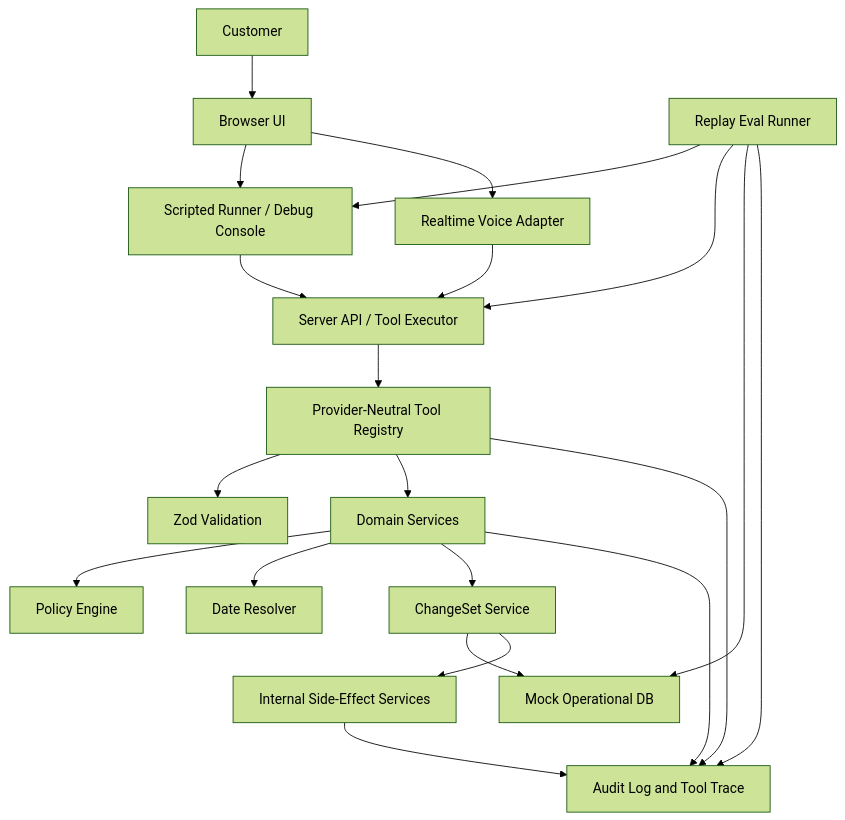
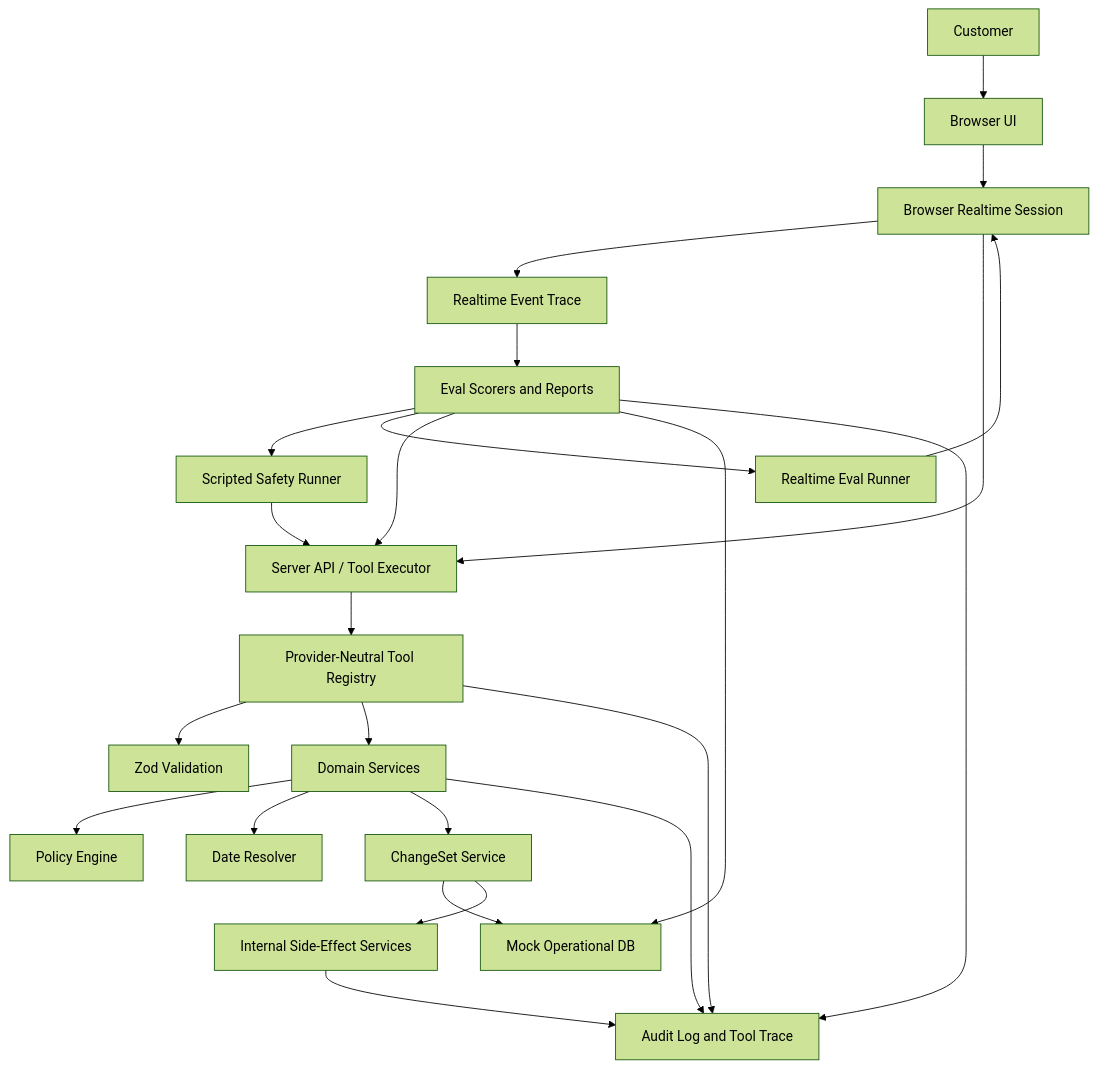
Before and after one commit to terracio/voice-ops-agent: the diagram in PLAN.md, drawn with Mermaid (forest theme). The commit also changed other lines of this file and 3 other files, not shown here.

Commit message:
docs: align milestone plan with realtime runner

````diff
--- a/PLAN.md
+++ b/PLAN.md
@@ -141,39 +155,44 @@
 ```mermaid
 flowchart TD
   User["Customer"]
   UI["Browser UI"]
-  Scripted["Scripted Runner / Debug Console"]
-  Voice["Realtime Voice Adapter"]
+  Scripted["Scripted Safety Runner"]
+  RTRunner["Realtime Eval Runner"]
+  Voice["Browser Realtime Session"]
   API["Server API / Tool Executor"]
   Registry["Provider-Neutral Tool Registry"]
   Schemas["Zod Validation"]
   Services["Domain Services"]
   Policy["Policy Engine"]
   Dates["Date Resolver"]
   ChangeSet["ChangeSet Service"]
   DB["Mock Operational DB"]
   SideFx["Internal Side-Effect Services"]
   Audit["Audit Log and Tool Trace"]
-  Evals["Replay Eval Runner"]
+  RealtimeTrace["Realtime Event Trace"]
+  Evals["Eval Scorers and Reports"]
 
   User --> UI
-  UI --> Scripted
   UI --> Voice
   Scripted --> API
+  RTRunner --> Voice
+  Voice --> RealtimeTrace
   Voice --> API
   API --> Registry
   Registry --> Schemas
   Registry --> Services
   Services --> Policy
   Services --> Dates
   Services --> ChangeSet
   ChangeSet --> DB
   ChangeSet --> SideFx
   Registry --> Audit
   Services --> Audit
   SideFx --> Audit
+  RealtimeTrace --> Evals
   Evals --> Scripted
+  Evals --> RTRunner
   Evals --> API
   Evals --> DB
   Evals --> Audit
 ```
````
